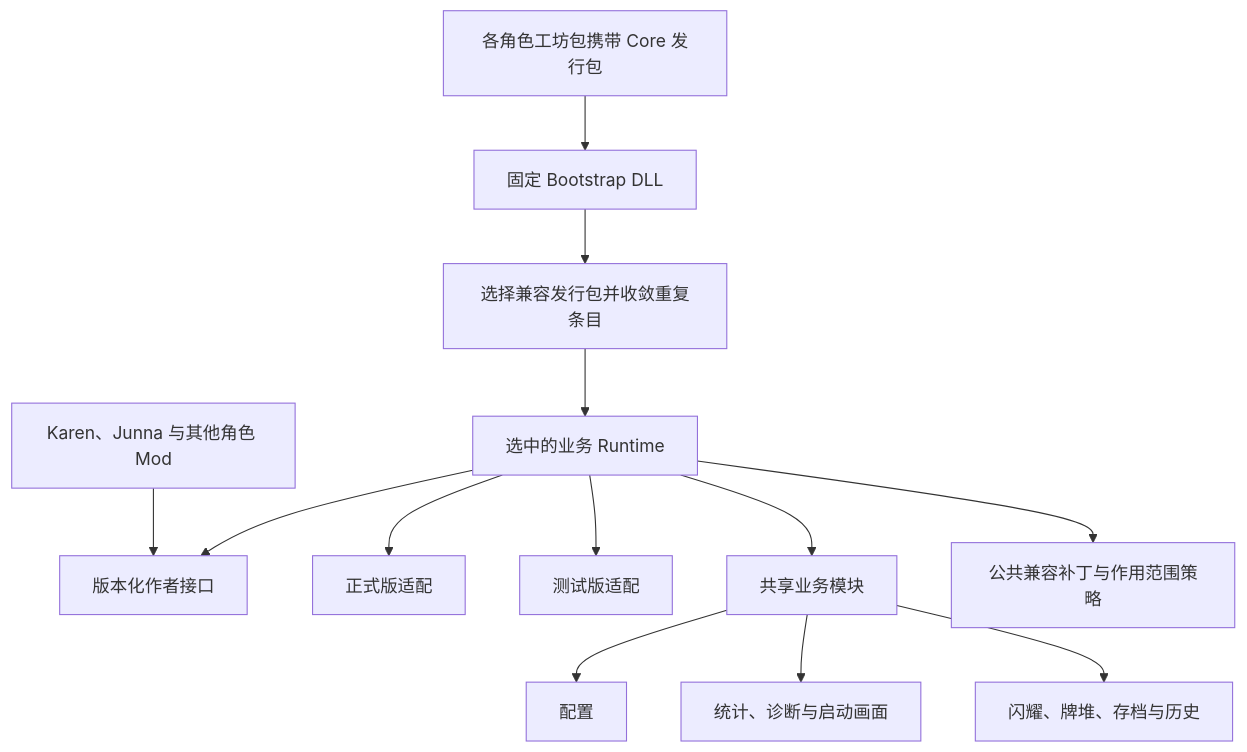
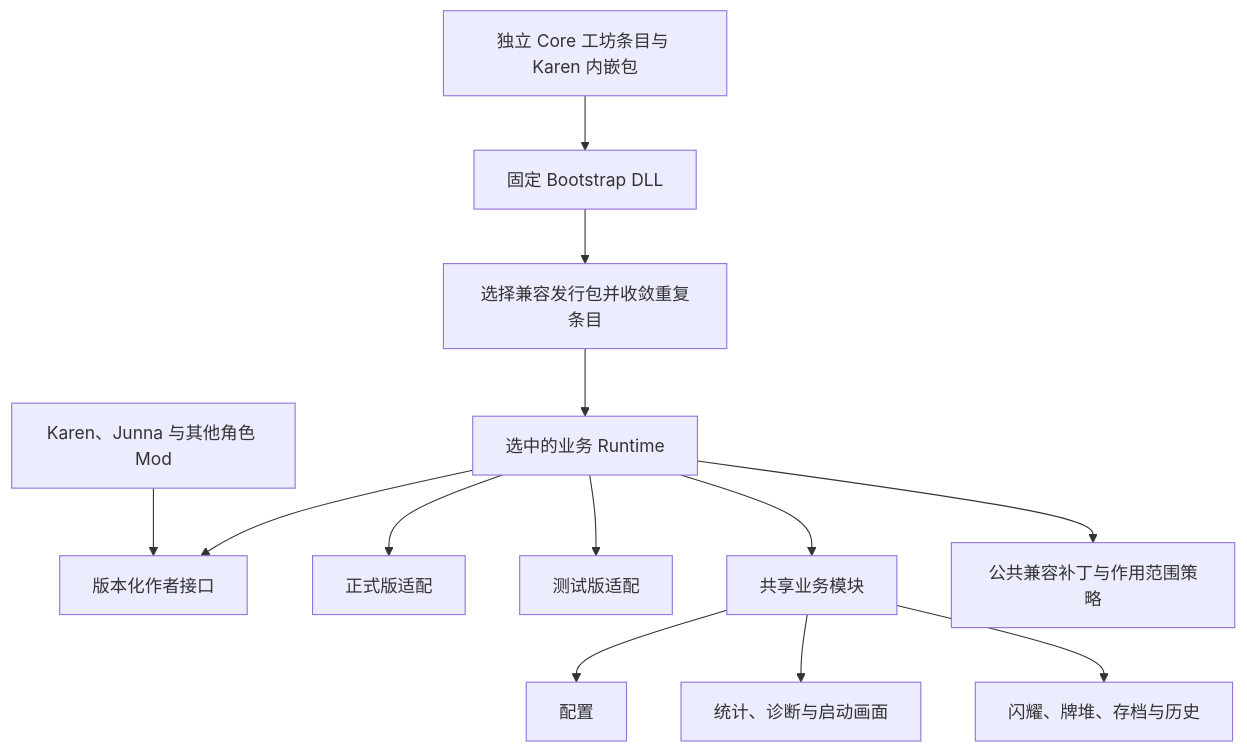
The diagram in docs/IMPLEMENTATION.md (backinfile/STS2_ShoujoKagekiAijoCore), drawn with Mermaid before and after one commit. The commit also changed other lines of this file and 15 other files, not shown here.

Commit message:
Support standalone Core Workshop releases and Karen-only bundling

````diff
--- a/docs/IMPLEMENTATION.md
+++ b/docs/IMPLEMENTATION.md
@@ -103,15 +130,15 @@
 ```mermaid
 flowchart TD
-    Packages[各角色工坊包携带 Core 发行包] --> Bootstrap[固定 Bootstrap DLL]
+    Packages[独立 Core 工坊条目与 Karen 内嵌包] --> Bootstrap[固定 Bootstrap DLL]
     Bootstrap --> Selection[选择兼容发行包并收敛重复条目]
     Selection --> Runtime[选中的业务 Runtime]
     Runtime --> Api[版本化作者接口]
     Authors[Karen、Junna 与其他角色 Mod] --> Api
     Runtime --> Stable[正式版适配]
     Runtime --> Beta[测试版适配]
     Runtime --> Modules[共享业务模块]
     Runtime --> Patches[公共兼容补丁与作用范围策略]
     Modules --> Config[配置]
     Modules --> Support[统计、诊断与启动画面]
     Modules --> Gameplay[闪耀、牌堆、存档与历史]
 ```
````
